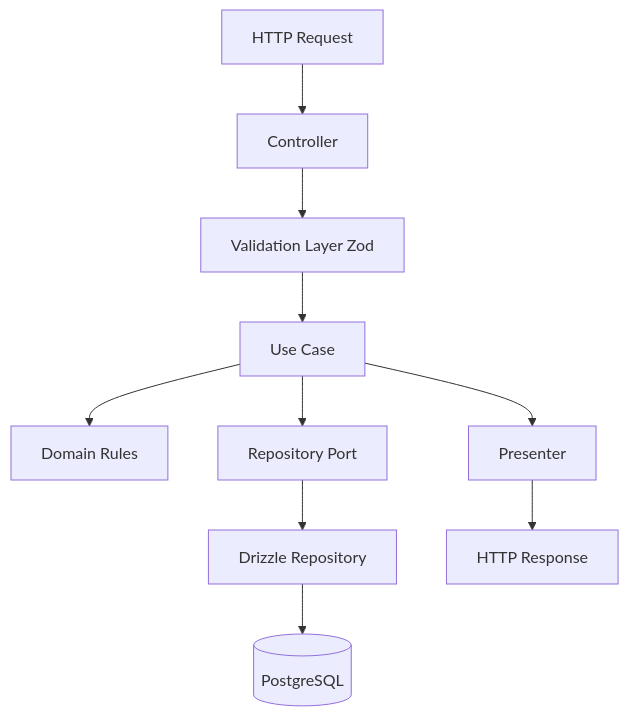
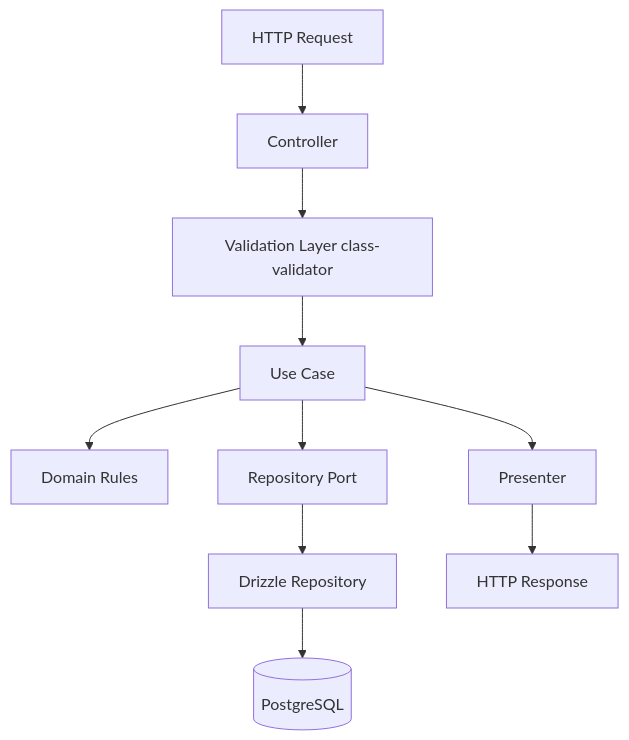
One commit to joisiney/short-url-api changed the fourth of 7 diagrams in docs/planejamento_feature_url_shortener_c_4.md. Above: the diagram before and after it, drawn with Mermaid. The commit also changed other lines of this file and 1 other file, not shown here.

First line of the commit message:
docs: update validation architecture from zod to DTO pipes

````diff
--- a/docs/planejamento_feature_url_shortener_c_4.md
+++ b/docs/planejamento_feature_url_shortener_c_4.md
@@ -621,12 +623,12 @@
 ```mermaid
 flowchart TD
     A[HTTP Request] --> B[Controller]
-    B --> C[Validation Layer Zod]
+    B --> C[Validation Layer class-validator]
     C --> D[Use Case]
     D --> E[Domain Rules]
     D --> F[Repository Port]
     F --> G[Drizzle Repository]
     G --> H[(PostgreSQL)]
     D --> I[Presenter]
     I --> J[HTTP Response]
 ```
````
